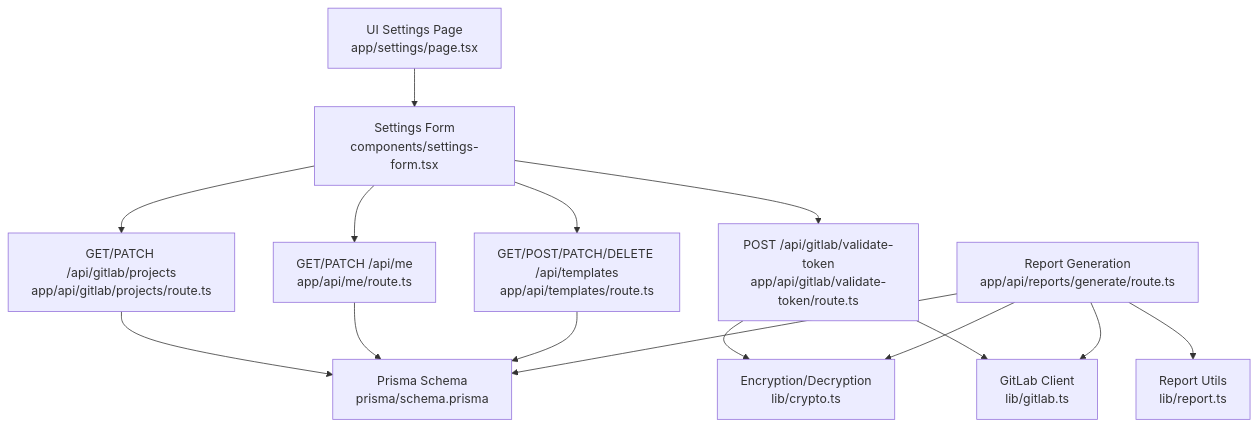
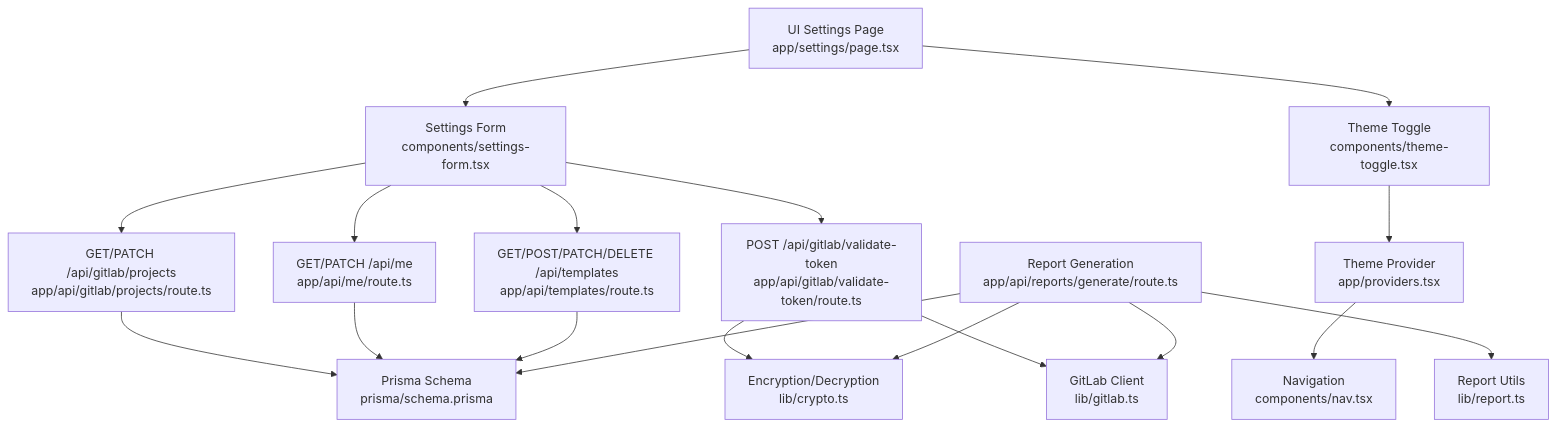
Before and after one commit to jrj444/git-daily: the first of 4 diagrams in .qoder/repowiki/en/content/Settings and Configuration/Settings and Configuration.md, drawn with Mermaid. The commit also changed other lines of this file and 4 other files, not shown here.

````diff
--- a/.qoder/repowiki/en/content/Settings and Configuration/Settings and Configuration.md
+++ b/.qoder/repowiki/en/content/Settings and Configuration/Settings and Configuration.md
@@ -40,17 +52,20 @@
 ```mermaid
 graph TB
 UI_Settings["UI Settings Page<br/>app/settings/page.tsx"] --> UI_Form["Settings Form<br/>components/settings-form.tsx"]
+UI_Settings --> UI_Theme["Theme Toggle<br/>components/theme-toggle.tsx"]
 UI_Form --> API_Me["GET/PATCH /api/me<br/>app/api/me/route.ts"]
 UI_Form --> API_Token["POST /api/gitlab/validate-token<br/>app/api/gitlab/validate-token/route.ts"]
 UI_Form --> API_Projects["GET/PATCH /api/gitlab/projects<br/>app/api/gitlab/projects/route.ts"]
 UI_Form --> API_Templates["GET/POST/PATCH/DELETE /api/templates<br/>app/api/templates/route.ts"]
+UI_Theme --> Providers["Theme Provider<br/>app/providers.tsx"]
+Providers --> Nav["Navigation<br/>components/nav.tsx"]
 API_Token --> Crypto["Encryption/Decryption<br/>lib/crypto.ts"]
 API_Token --> GL_Client["GitLab Client<br/>lib/gitlab.ts"]
 API_Projects --> DB["Prisma Schema<br/>prisma/schema.prisma"]
 API_Me --> DB
 API_Templates --> DB
 Gen_Report["Report Generation<br/>app/api/reports/generate/route.ts"] --> Crypto
 Gen_Report --> GL_Client
 Gen_Report --> Report_Utils["Report Utils<br/>lib/report.ts"]
 Gen_Report --> DB
 ```
````
